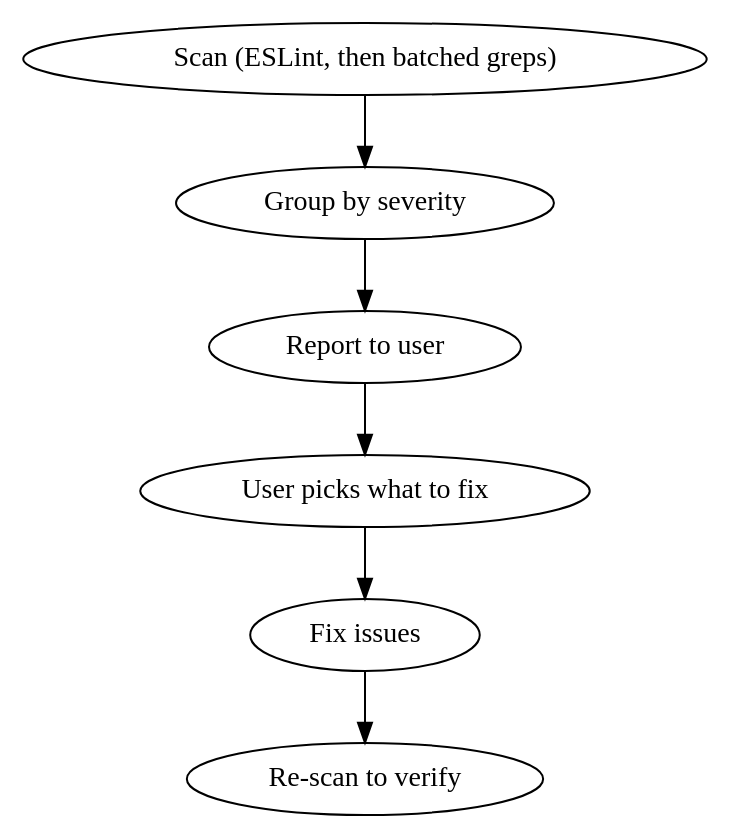
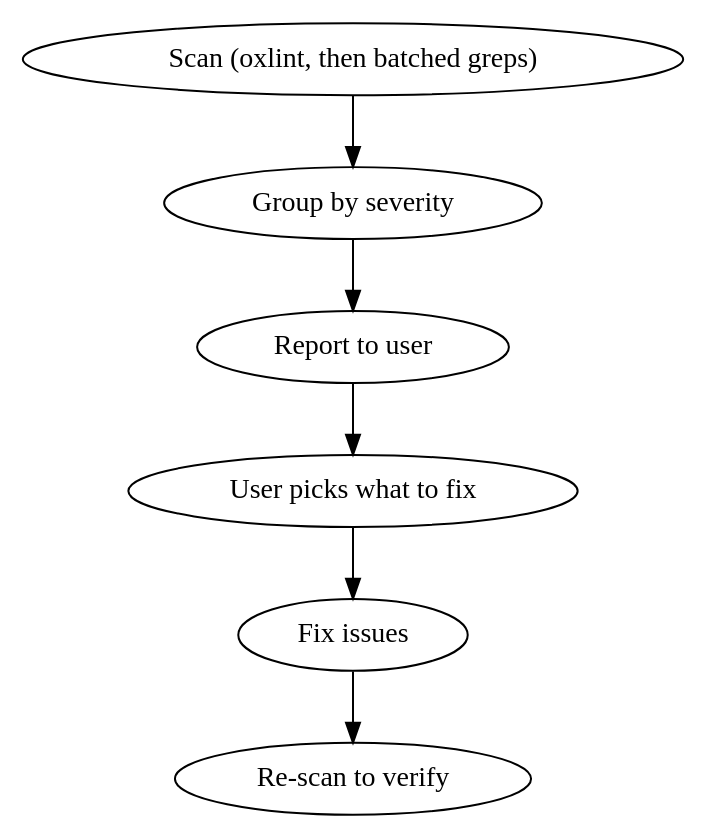
Before and after one commit to TicketSolutionsPtyLtd/roadie: the diagram in skills/audit/SKILL.md, drawn with Graphviz. The commit also changed other lines of this file and 7 other files, not shown here.

Commit message:
docs(lint-plugin): lead with oxlint, with ESLint for apps that can't move yet (INNO-1435)

````diff
--- a/skills/audit/SKILL.md
+++ b/skills/audit/SKILL.md
@@ -55,9 +58,9 @@
 ```dot
 digraph audit {
-  "Scan (ESLint, then batched greps)" -> "Group by severity";
+  "Scan (oxlint, then batched greps)" -> "Group by severity";
   "Group by severity" -> "Report to user";
   "Report to user" -> "User picks what to fix";
   "User picks what to fix" -> "Fix issues";
   "Fix issues" -> "Re-scan to verify";
 }
 ```
````
